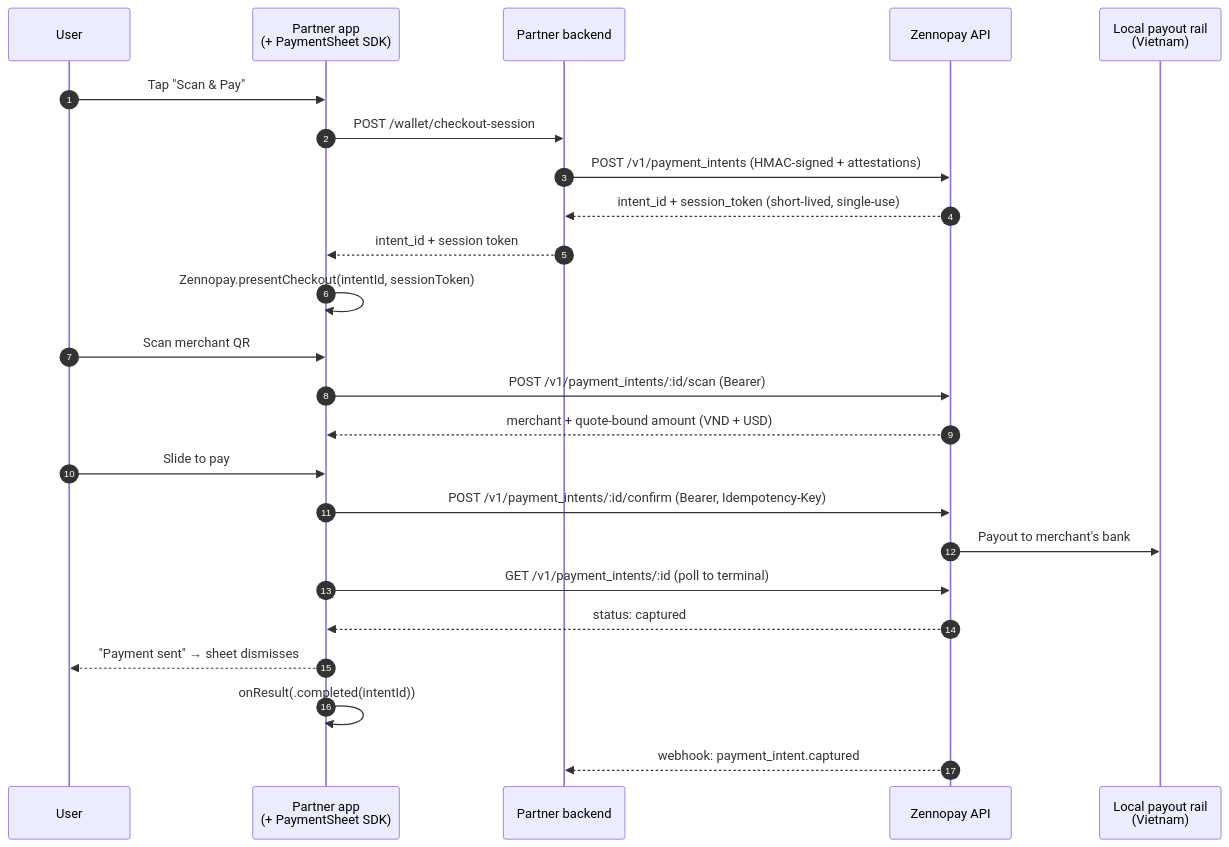
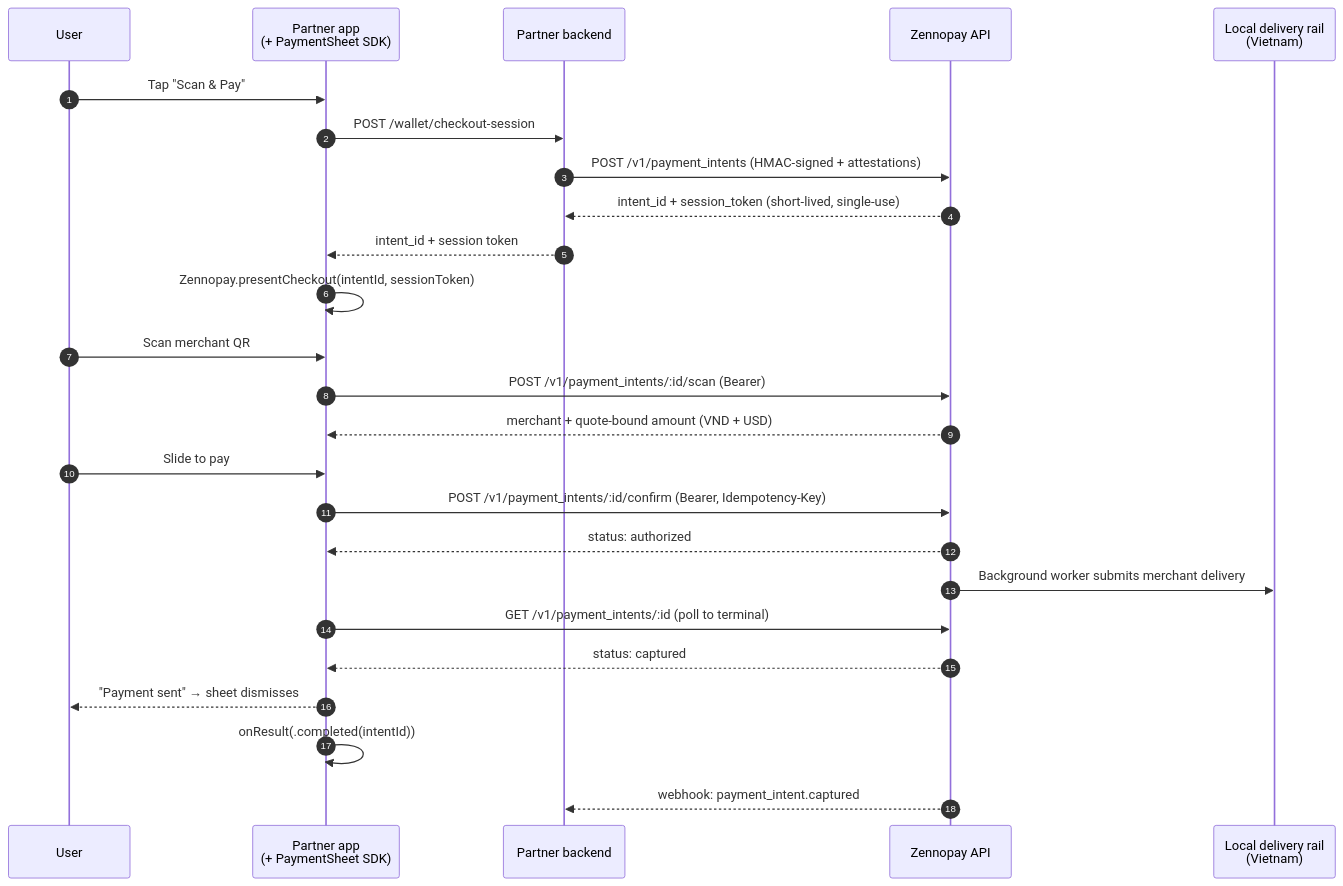
The diagram in payments/overview.mdx (Zennopay/zennopay-docs), drawn with Mermaid before and after one commit. The commit also changed other lines of this file and 38 other files, not shown here.

````diff
--- a/payments/overview.mdx
+++ b/payments/overview.mdx
@@ -76,27 +76,28 @@
 ```mermaid
 sequenceDiagram
     autonumber
     participant U as User
     participant App as Partner app<br/>(+ PaymentSheet SDK)
     participant BE as Partner backend
     participant ZP as Zennopay API
-    participant Rail as Local payout rail<br/>(Vietnam)
+    participant Rail as Local delivery rail<br/>(Vietnam)
 
     U->>App: Tap "Scan & Pay"
     App->>BE: POST /wallet/checkout-session
     BE->>ZP: POST /v1/payment_intents (HMAC-signed + attestations)
     ZP-->>BE: intent_id + session_token (short-lived, single-use)
     BE-->>App: intent_id + session token
     App->>App: Zennopay.presentCheckout(intentId, sessionToken)
     U->>App: Scan merchant QR
     App->>ZP: POST /v1/payment_intents/:id/scan (Bearer)
     ZP-->>App: merchant + quote-bound amount (VND + USD)
     U->>App: Slide to pay
     App->>ZP: POST /v1/payment_intents/:id/confirm (Bearer, Idempotency-Key)
-    ZP->>Rail: Payout to merchant's bank
+    ZP-->>App: status: authorized
+    ZP->>Rail: Background worker submits merchant delivery
     App->>ZP: GET /v1/payment_intents/:id (poll to terminal)
     ZP-->>App: status: captured
     App-->>U: "Payment sent" → sheet dismisses
     App->>App: onResult(.completed(intentId))
     ZP-->>BE: webhook: payment_intent.captured
 ```
````
